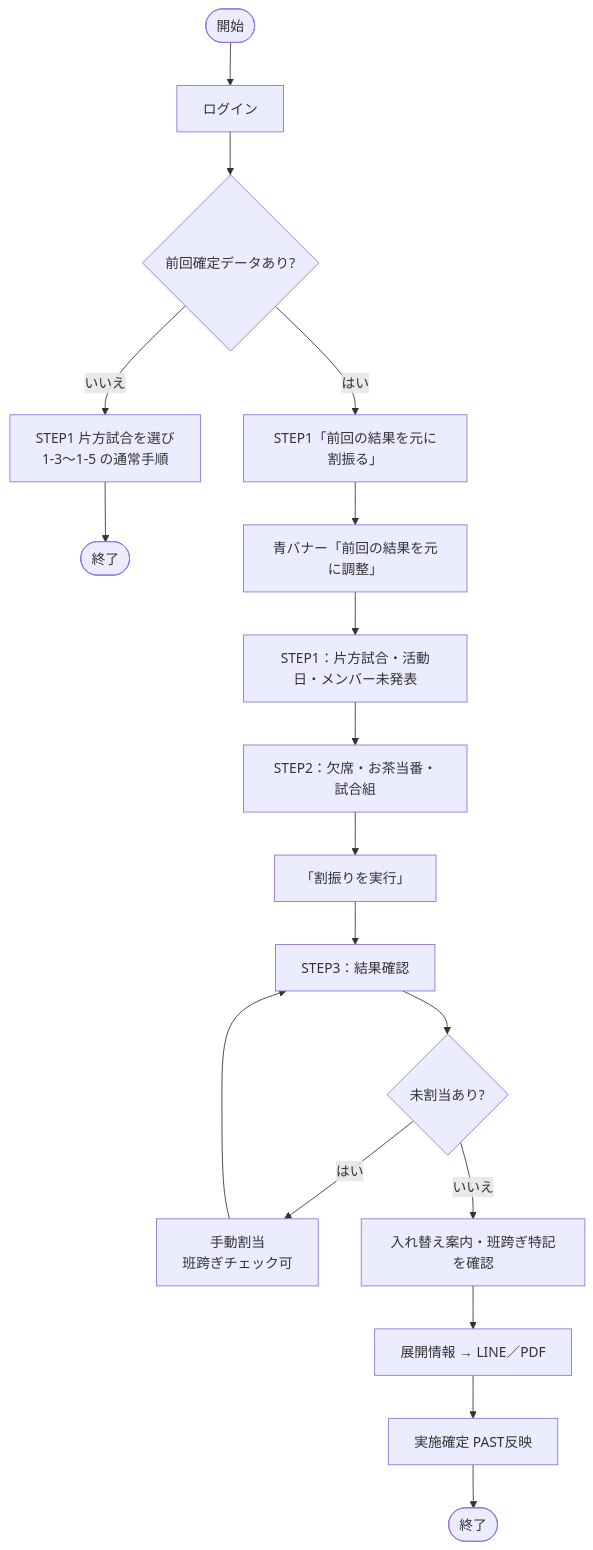
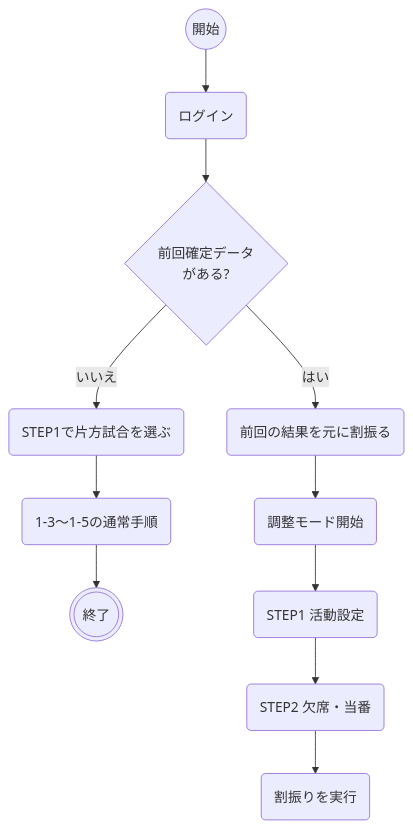
One commit to tcb15-admin/tcb-tools changed the first of 9 diagrams in boys15/docs/TCB-MAN-001_道具割り振りツール_操作マニュアル_v1.5.md. Above: the diagram before and after it, drawn with Mermaid. The commit also changed other lines of this file and 3 other files, not shown here.

First line of the commit message:
docs: 15期マニュアルv1.11でフロー図のPDFレイアウトを改善

````diff
--- a/boys15/docs/TCB-MAN-001_道具割り振りツール_操作マニュアル_v1.5.md
+++ b/boys15/docs/TCB-MAN-001_道具割り振りツール_操作マニュアル_v1.5.md
@@ -128,20 +137,13 @@
 ```mermaid
 flowchart TD
-    S([開始]) --> L[ログイン]
-    L --> C{前回確定データあり?}
-    C -->|いいえ| Z[STEP1 片方試合を選び<br/>1-3〜1-5 の通常手順]
-    Z --> ZE([終了])
-    C -->|はい| P1[STEP1「前回の結果を元に割振る」]
-    P1 --> B[青バナー「前回の結果を元に調整」]
-    B --> S1[STEP1：片方試合・活動日・メンバー未発表]
-    S1 --> S2[STEP2：欠席・お茶当番・試合組]
-    S2 --> RUN[「割振りを実行」]
-    RUN --> S3[STEP3：結果確認]
-    S3 --> U{未割当あり?}
-    U -->|はい| M[手動割当<br/>班跨ぎチェック可]
-    M --> S3
-    U -->|いいえ| H[入れ替え案内・班跨ぎ特記を確認]
-    H --> SH[展開情報 → LINE／PDF]
-    SH --> CF[実施確定 PAST反映]
-    CF --> E([終了])
+    S((開始)) --> L(ログイン)
+    L --> C{前回確定データ<br/>がある?}
+    C -->|いいえ| Z(STEP1で片方試合を選ぶ)
+    Z --> Z2(1-3〜1-5の通常手順)
+    Z2 --> ZE(((終了)))
+    C -->|はい| P1(前回の結果を元に割振る)
+    P1 --> B(調整モード開始)
+    B --> S1(STEP1 活動設定)
+    S1 --> S2(STEP2 欠席・当番)
+    S2 --> RUN(割振りを実行)
 ```
````
